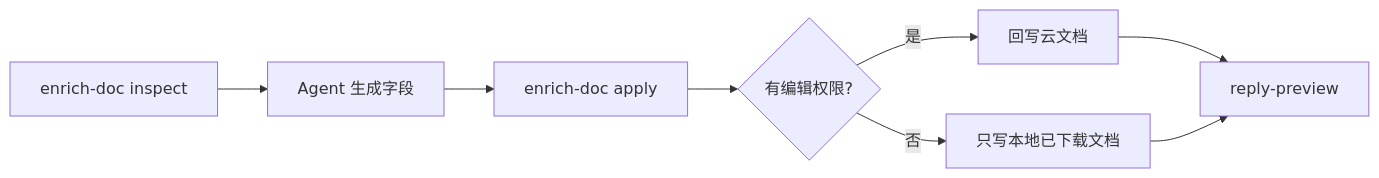
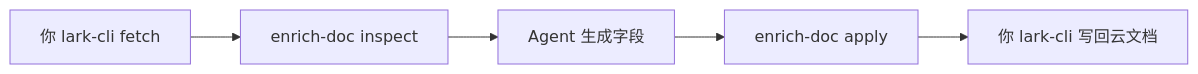
The diagram in skills/enrich-doc/SKILL.md (dinghongfei/xiaoqi), drawn with Mermaid before and after one commit. The commit also changed other lines of this file and 64 other files, not shown here.

````diff
--- a/skills/enrich-doc/SKILL.md
+++ b/skills/enrich-doc/SKILL.md
@@ -34,10 +67,7 @@
 ```mermaid
 flowchart LR
-  inspect[enrich-doc inspect] --> gen[Agent 生成字段]
+  fetch[你 lark-cli fetch] --> inspect[enrich-doc inspect]
+  inspect --> gen[Agent 生成字段]
   gen --> apply[enrich-doc apply]
-  apply --> perm{有编辑权限?}
-  perm -->|是| cloud[回写云文档]
-  perm -->|否| local[只写本地已下载文档]
-  cloud --> rp[reply-preview]
-  local --> rp
+  apply --> write[你 lark-cli 写回云文档]
 ```
````
